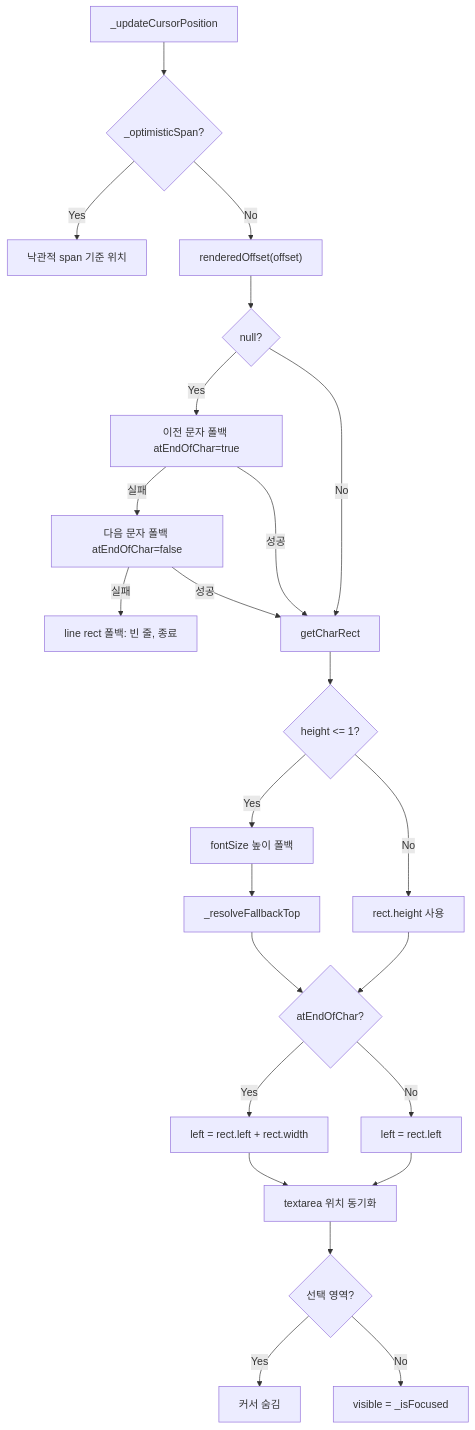
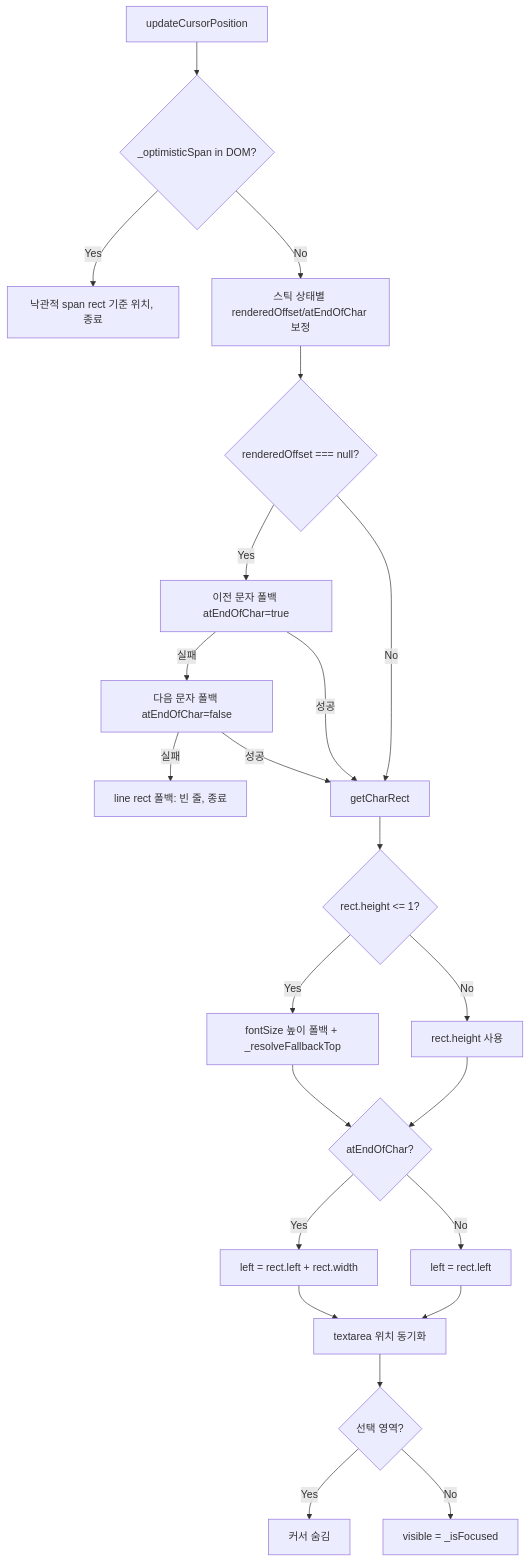
Before and after one commit to kyiimn/layout-element: diagram 13 of 14 in docs/EDITING_TEXT.md, drawn with Mermaid. The commit also changed other lines of this file and 2 other files, not shown here.

First line of the commit message:
fix(edit): fix ArrowUp/Down vertical cursor movement across line and block boundaries

````diff
--- a/docs/EDITING_TEXT.md
+++ b/docs/EDITING_TEXT.md
@@ -1642,26 +1776,25 @@
 ```mermaid
 flowchart TD
-    A[_updateCursorPosition] --> B{"_optimisticSpan?"}
-    B -->|Yes| C[낙관적 span 기준 위치]
-    B -->|No| D["renderedOffset(offset)"]
-    D --> E{null?}
+    A["updateCursorPosition"] --> B{"_optimisticSpan in DOM?"}
+    B -->|Yes| C["낙관적 span rect 기준 위치, 종료"]
+    B -->|No| D["스틱 상태별 renderedOffset/atEndOfChar 보정"]
+    D --> E{"renderedOffset === null?"}
     E -->|Yes| F1["이전 문자 폴백 atEndOfChar=true"]
     F1 -->|실패| F2["다음 문자 폴백 atEndOfChar=false"]
     F2 -->|실패| F3["line rect 폴백: 빈 줄, 종료"]
-    F1 -->|성공| G
+    F1 -->|성공| G["getCharRect"]
     F2 -->|성공| G
-    E -->|No| G[getCharRect]
-    G --> H{height <= 1?}
-    H -->|Yes| I["fontSize 높이 폴백"]
-    H -->|No| J[rect.height 사용]
-    I --> K["_resolveFallbackTop"]
-    J --> L{"atEndOfChar?"}
-    K --> L
-    L -->|Yes| M["left = rect.left + rect.width"]
-    L -->|No| N["left = rect.left"]
-    M --> O["textarea 위치 동기화"]
-    N --> O
-    O --> P{"선택 영역?"}
-    P -->|Yes| Q[커서 숨김]
-    P -->|No| R["visible = _isFocused"]
+    E -->|No| G
+    G --> H{"rect.height <= 1?"}
+    H -->|Yes| I["fontSize 높이 폴백 + _resolveFallbackTop"]
+    H -->|No| J["rect.height 사용"]
+    I --> K{"atEndOfChar?"}
+    J --> K
+    K -->|Yes| L["left = rect.left + rect.width"]
+    K -->|No| M["left = rect.left"]
+    L --> N["textarea 위치 동기화"]
+    M --> N
+    N --> O{"선택 영역?"}
+    O -->|Yes| P["커서 숨김"]
+    O -->|No| Q["visible = _isFocused"]
 ```
````
